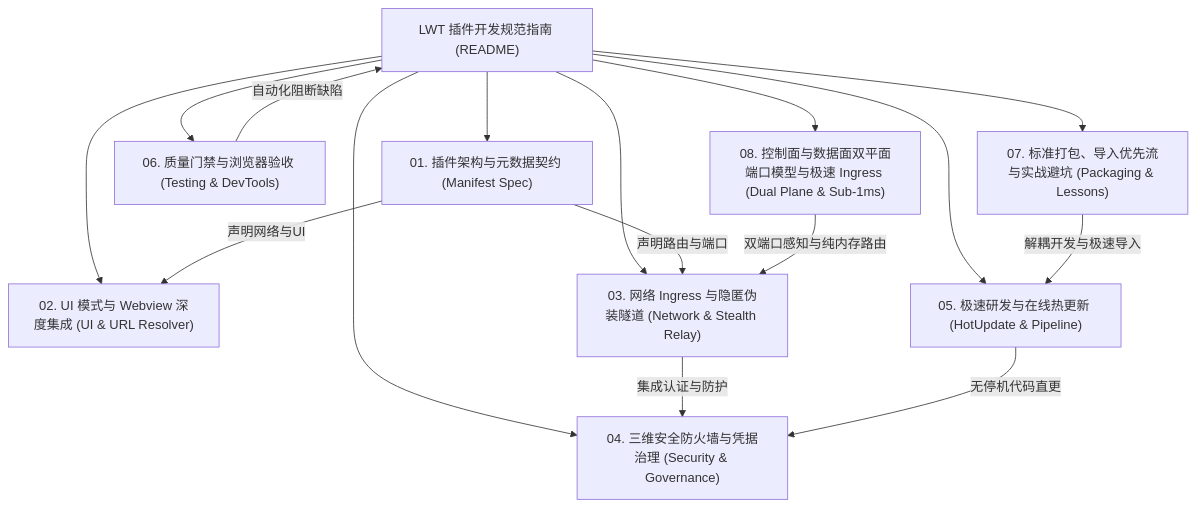
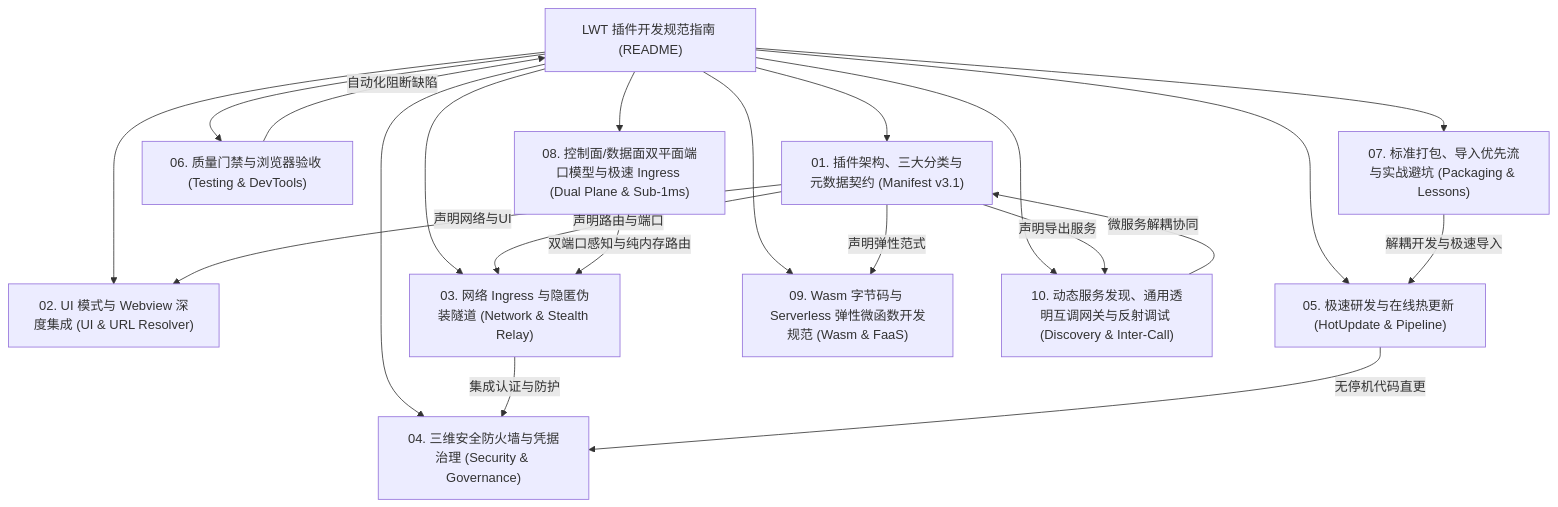
One commit to csvkse/LWT changed the diagram in docs/plugin-development-guide/README.md. Above: the diagram before and after it, drawn with Mermaid. The commit also changed other lines of this file and 499 other files, not shown here.

````diff
--- a/docs/plugin-development-guide/README.md
+++ b/docs/plugin-development-guide/README.md
@@ -13,19 +16,24 @@
 ```mermaid
 graph TD
-    A["LWT 插件开发规范指南 (README)"] --> B["01. 插件架构与元数据契约 (Manifest Spec)"]
+    A["LWT 插件开发规范指南 (README)"] --> B["01. 插件架构、三大分类与元数据契约 (Manifest v3.1)"]
     A --> C["02. UI 模式与 Webview 深度集成 (UI & URL Resolver)"]
     A --> D["03. 网络 Ingress 与隐匿伪装隧道 (Network & Stealth Relay)"]
     A --> E["04. 三维安全防火墙与凭据治理 (Security & Governance)"]
     A --> F["05. 极速研发与在线热更新 (HotUpdate & Pipeline)"]
     A --> G["06. 质量门禁与浏览器验收 (Testing & DevTools)"]
     A --> H["07. 标准打包、导入优先流与实战避坑 (Packaging & Lessons)"]
-    A --> I["08. 控制面与数据面双平面端口模型与极速 Ingress (Dual Plane & Sub-1ms)"]
+    A --> I["08. 控制面/数据面双平面端口模型与极速 Ingress (Dual Plane & Sub-1ms)"]
+    A --> J["09. Wasm 字节码与 Serverless 弹性微函数开发规范 (Wasm & FaaS)"]
+    A --> K["10. 动态服务发现、通用透明互调网关与反射调试 (Discovery & Inter-Call)"]
 
     B -->|声明网络与UI| C
     B -->|声明路由与端口| D
+    B -->|声明弹性范式| J
+    B -->|声明导出服务| K
     D -->|集成认证与防护| E
     F -->|无停机代码直更| E
     G -->|自动化阻断缺陷| A
     H -->|解耦开发与极速导入| F
     I -->|双端口感知与纯内存路由| D
+    K -->|微服务解耦协同| B
 ```
````
